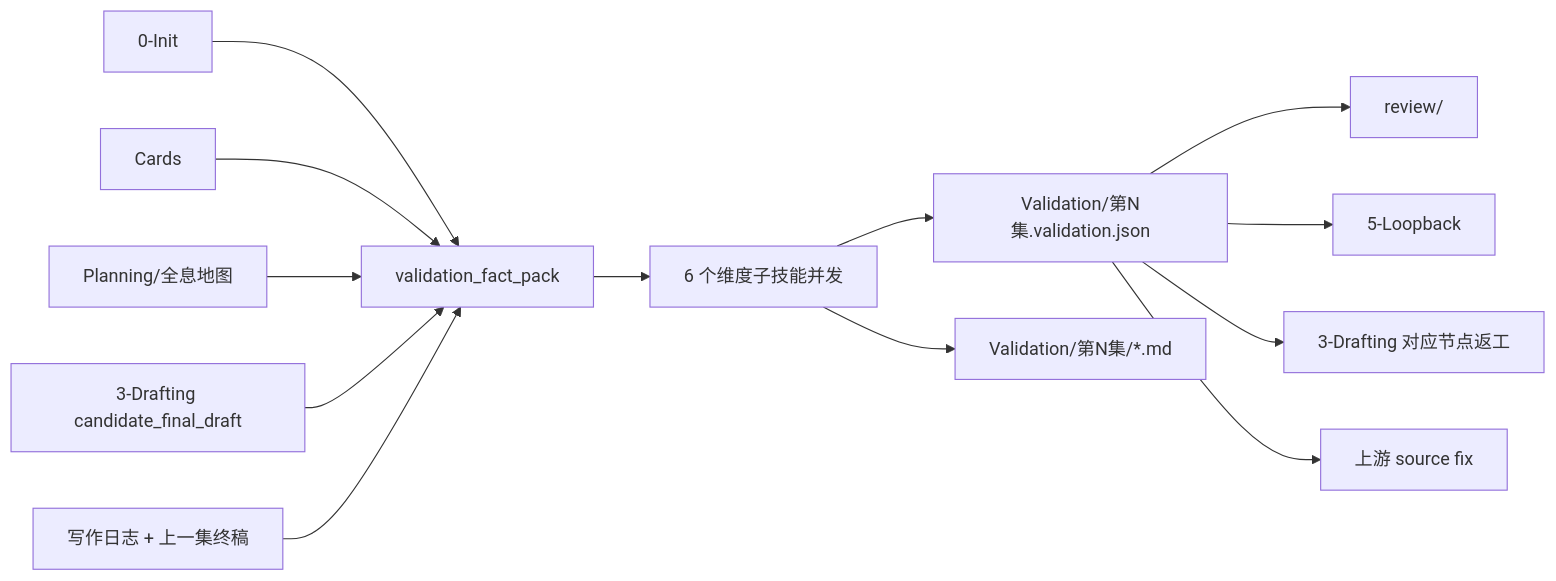
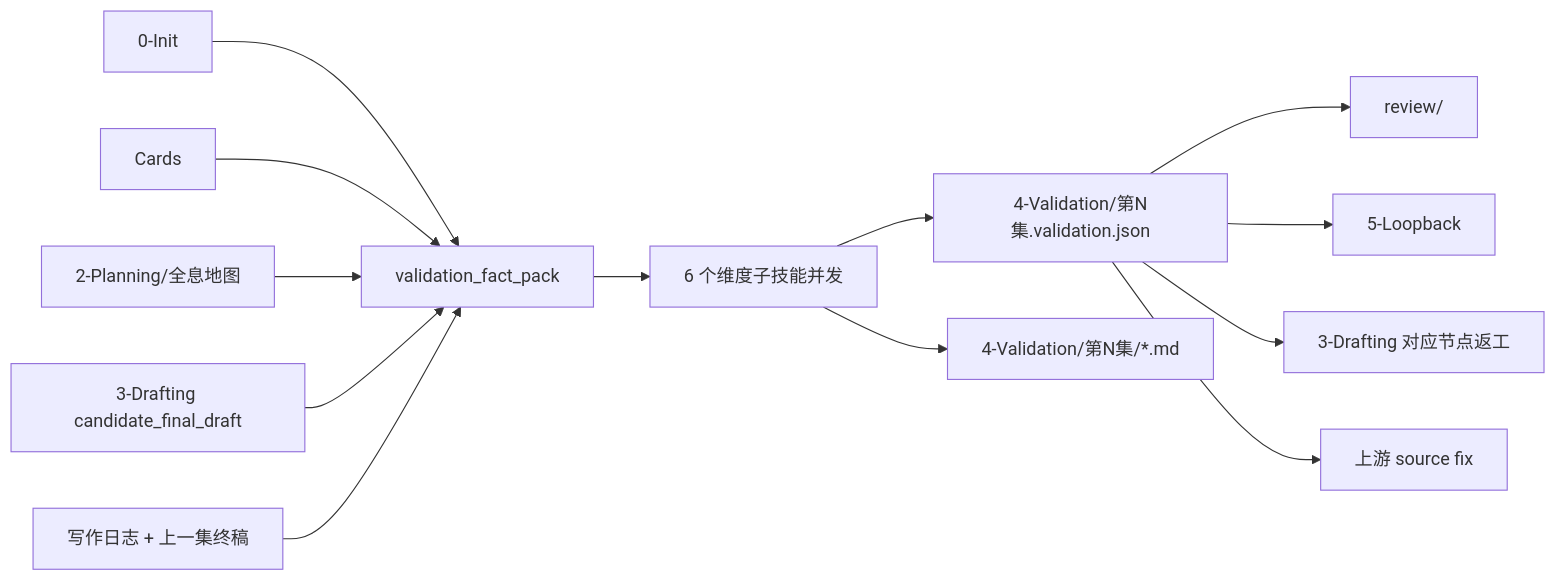
One commit to ZEN-VOID/AI-CUT changed the second of 3 diagrams in .agents/skills/story/4-Validation/SKILL.md. Above: the diagram before and after it, drawn with Mermaid. The commit also changed other lines of this file and 234 other files, not shown here.

````diff
--- a/.agents/skills/story/4-Validation/SKILL.md
+++ b/.agents/skills/story/4-Validation/SKILL.md
@@ -289,15 +289,15 @@
 ```mermaid
 flowchart LR
     A["0-Init"] --> P["validation_fact_pack"]
     B["Cards"] --> P
-    C["Planning/全息地图"] --> P
+    C["2-Planning/全息地图"] --> P
     D["3-Drafting candidate_final_draft"] --> P
     E["写作日志 + 上一集终稿"] --> P
     P --> S["6 个维度子技能并发"]
-    S --> R["Validation/第N集.validation.json"]
-    S --> M["Validation/第N集/*.md"]
+    S --> R["4-Validation/第N集.validation.json"]
+    S --> M["4-Validation/第N集/*.md"]
     R --> V["review/"]
     R --> L["5-Loopback"]
     R --> D2["3-Drafting 对应节点返工"]
     R --> U["上游 source fix"]
 ```
````
